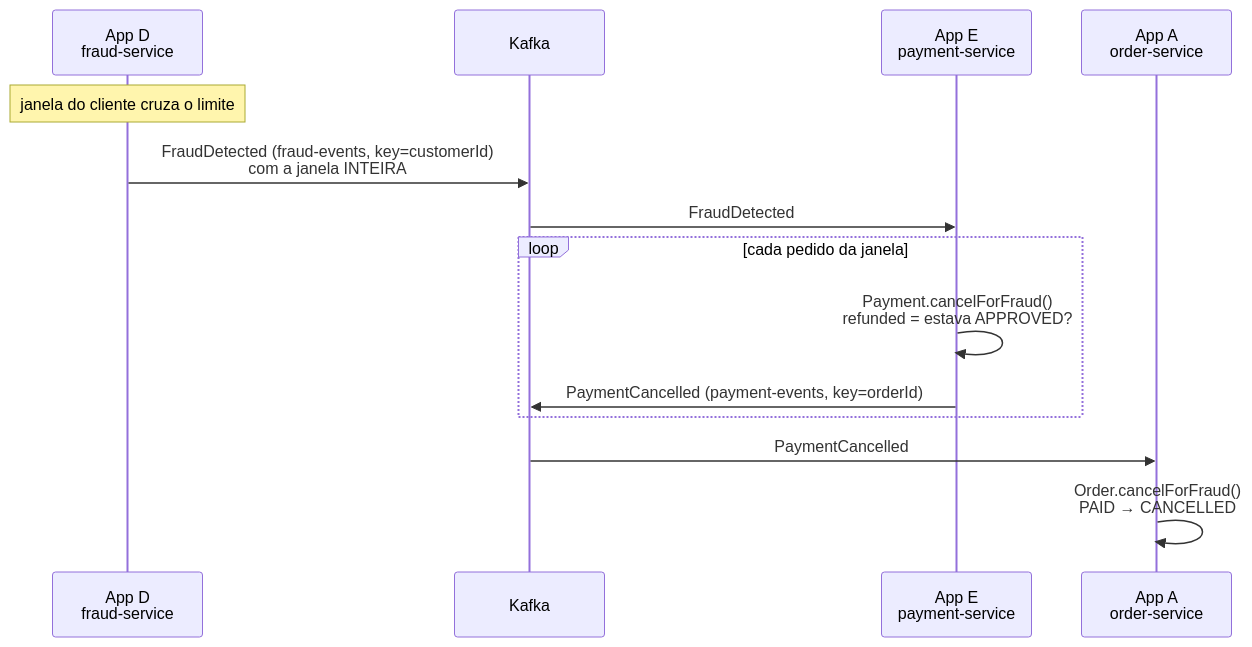
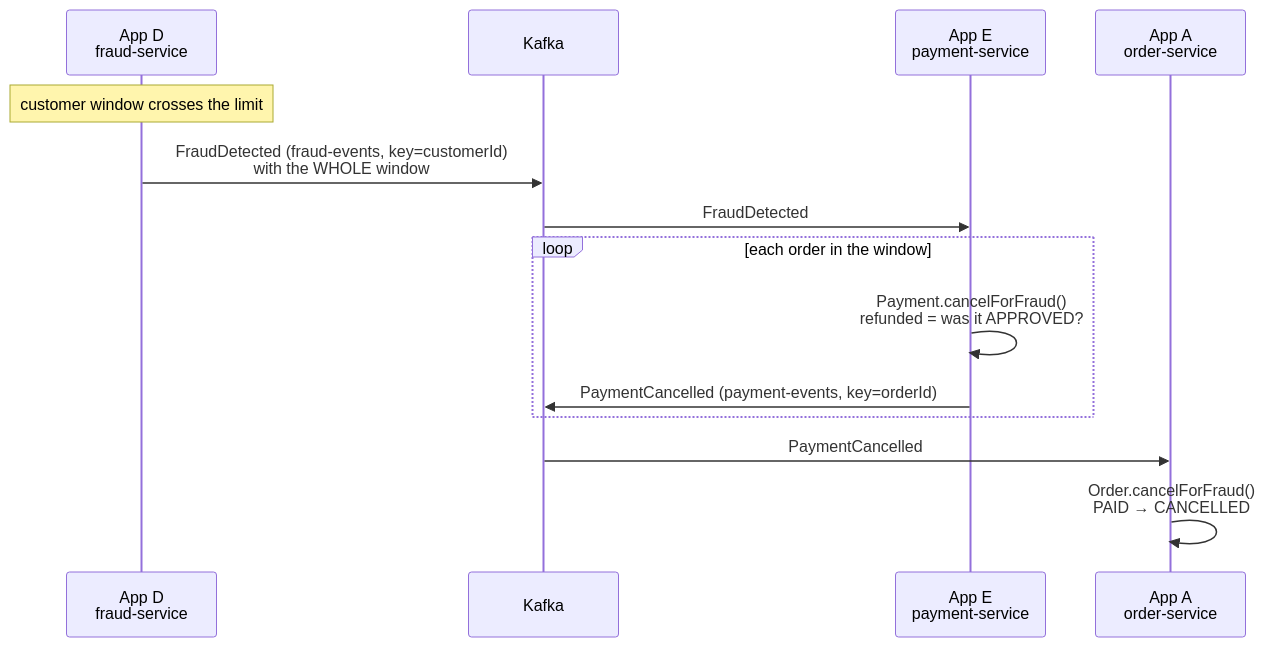
Before and after one commit to joaolaureano/training_kafka: the fourth of 7 diagrams in README.md, drawn with Mermaid. The commit also changed other lines of this file and 1 other file, not shown here.

````diff
--- a/README.md
+++ b/README.md
@@ -209,17 +205,17 @@
 ```mermaid
 sequenceDiagram
     participant F as App D<br/>fraud-service
     participant K as Kafka
     participant P as App E<br/>payment-service
     participant O as App A<br/>order-service
 
-    Note over F: janela do cliente cruza o limite
-    F->>K: FraudDetected (fraud-events, key=customerId)<br/>com a janela INTEIRA
+    Note over F: customer window crosses the limit
+    F->>K: FraudDetected (fraud-events, key=customerId)<br/>with the WHOLE window
     K->>P: FraudDetected
-    loop cada pedido da janela
-        P->>P: Payment.cancelForFraud()<br/>refunded = estava APPROVED?
+    loop each order in the window
+        P->>P: Payment.cancelForFraud()<br/>refunded = was it APPROVED?
         P->>K: PaymentCancelled (payment-events, key=orderId)
     end
     K->>O: PaymentCancelled
     O->>O: Order.cancelForFraud()<br/>PAID → CANCELLED
 ```
````
